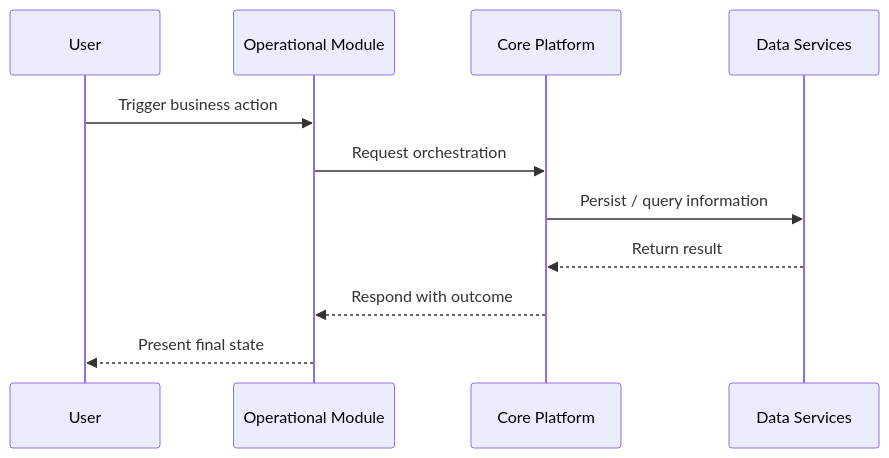
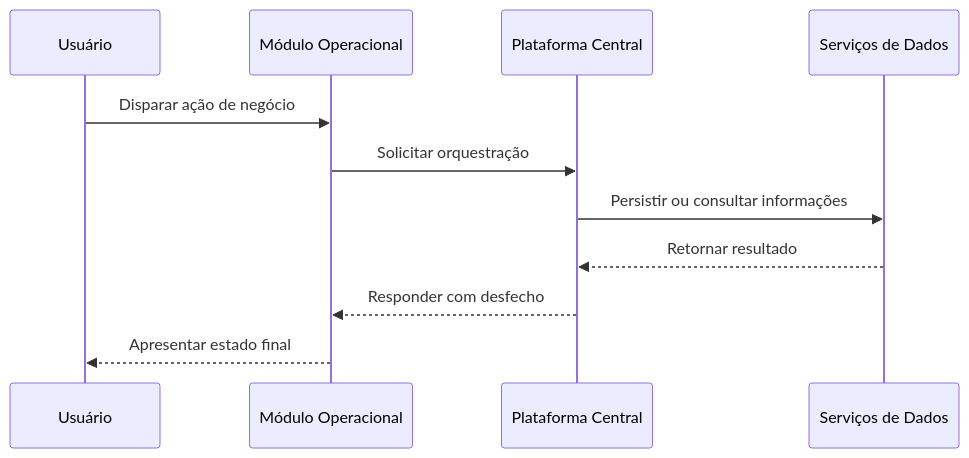
Before and after one commit to osvaldojeronymo/osvaldojeronymo-silic-2.0: the diagram in diagrams/module-interaction-example.md, drawn with Mermaid. The commit also changed other lines of this file and 13 other files, not shown here.

Commit message:
Refine ecosystem architecture documentation

````diff
--- a/diagrams/module-interaction-example.md
+++ b/diagrams/module-interaction-example.md
@@ -3,14 +3,14 @@
 ```mermaid
 sequenceDiagram
-    participant User
-    participant App as Operational Module
-    participant Core as Core Platform
-    participant Data as Data Services
+    participant Usuario as Usuário
+    participant Modulo as Módulo Operacional
+    participant Plataforma as Plataforma Central
+    participant Dados as Serviços de Dados
 
-    User->>App: Trigger business action
-    App->>Core: Request orchestration
-    Core->>Data: Persist / query information
-    Data-->>Core: Return result
-    Core-->>App: Respond with outcome
-    App-->>User: Present final state
+    Usuario->>Modulo: Disparar ação de negócio
+    Modulo->>Plataforma: Solicitar orquestração
+    Plataforma->>Dados: Persistir ou consultar informações
+    Dados-->>Plataforma: Retornar resultado
+    Plataforma-->>Modulo: Responder com desfecho
+    Modulo-->>Usuario: Apresentar estado final
 ```
````
